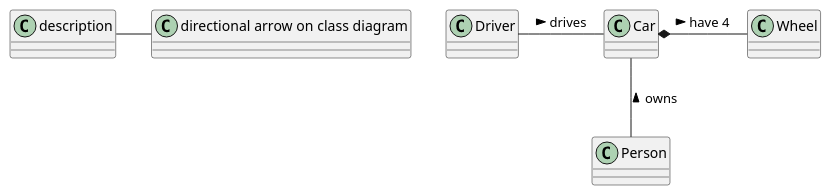
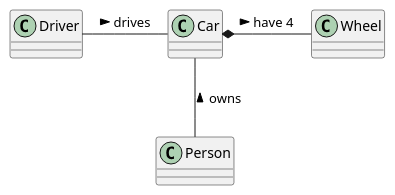
One commit to sogeuni/_wiki changed the fourth of 38 diagrams in PlantUML/클래스-다이어그램.md. Above: the diagram before and after it, drawn with PlantUML. The commit also changed other lines of this file, not shown here.

Commit message:
Updated 클래스 다이어그램 (markdown)

```diff
--- a/PlantUML/클래스-다이어그램.md
+++ b/PlantUML/클래스-다이어그램.md
@@ -85,9 +82,8 @@
 @startuml
-description - "directional arrow on class diagram"
 class Car
 
 Driver - Car : drives >
 Car *- Wheel : have 4 >
 Car -- Person : < owns
 
 @enduml
```
